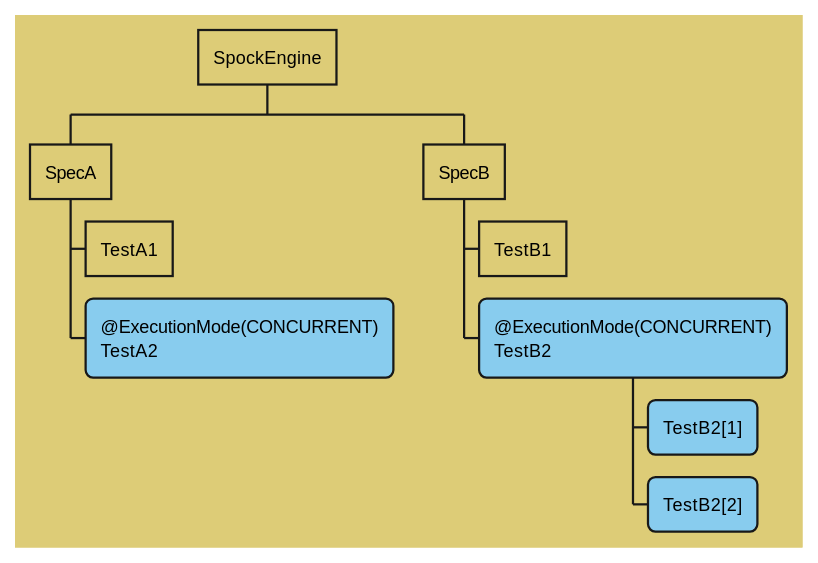
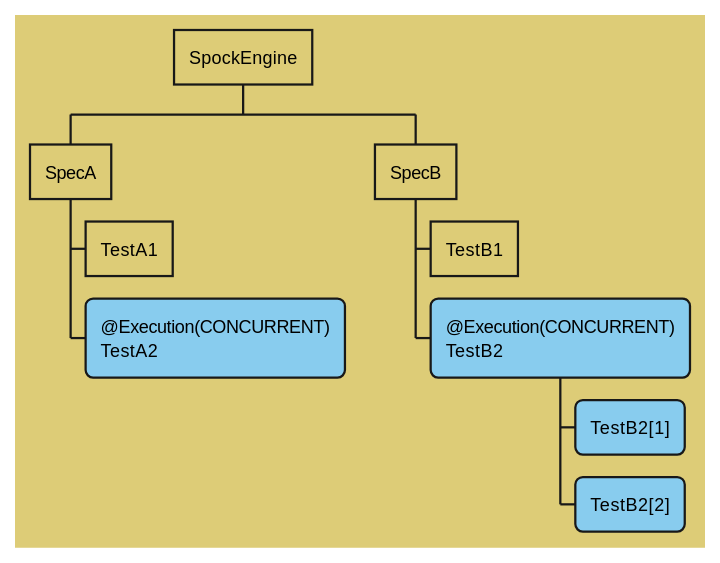
One commit to spockframework/spock changed the sixth of 15 diagrams in docs/parallel_execution.adoc. Above: the diagram before and after it, drawn with PlantUML. The commit also changed other lines of this file and 1 other file, not shown here.

```diff
--- a/docs/parallel_execution.adoc
+++ b/docs/parallel_execution.adoc
@@ -301,24 +301,24 @@
 [plantuml,images/execution-hierarchy-inheritance-feature-execution,svg]
 ....
 @startwbs
 <style>
 wbsDiagram {
   BackgroundColor #DDCC77
   .concurrent * {
       BackgroundColor #88CCEE
       RoundCorner 10
   }
 }
 </style>
 skinparam shadowing false
 * SpockEngine
 ** SpecA
 *** TestA1
-*** @ExecutionMode(CONCURRENT)\nTestA2 <<concurrent>>
+*** @Execution(CONCURRENT)\nTestA2 <<concurrent>>
 ** SpecB
 *** TestB1
-*** @ExecutionMode(CONCURRENT)\nTestB2 <<concurrent>>
+*** @Execution(CONCURRENT)\nTestB2 <<concurrent>>
 **** TestB2[1]
 **** TestB2[2]
 @endwbs
 ....
```
